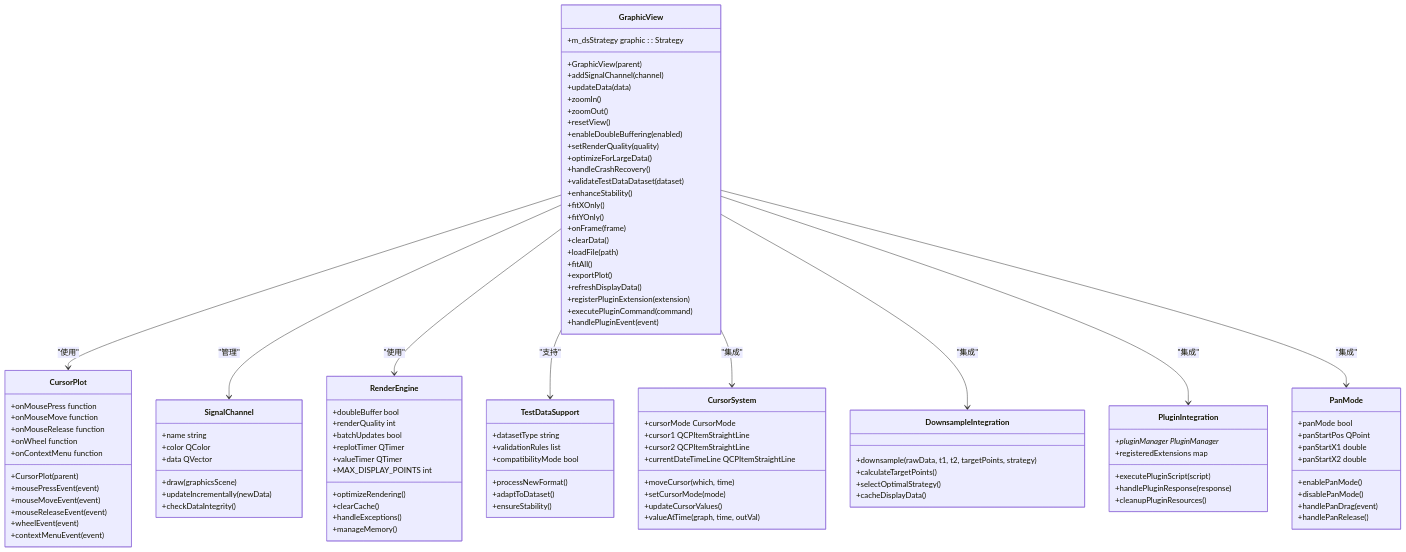
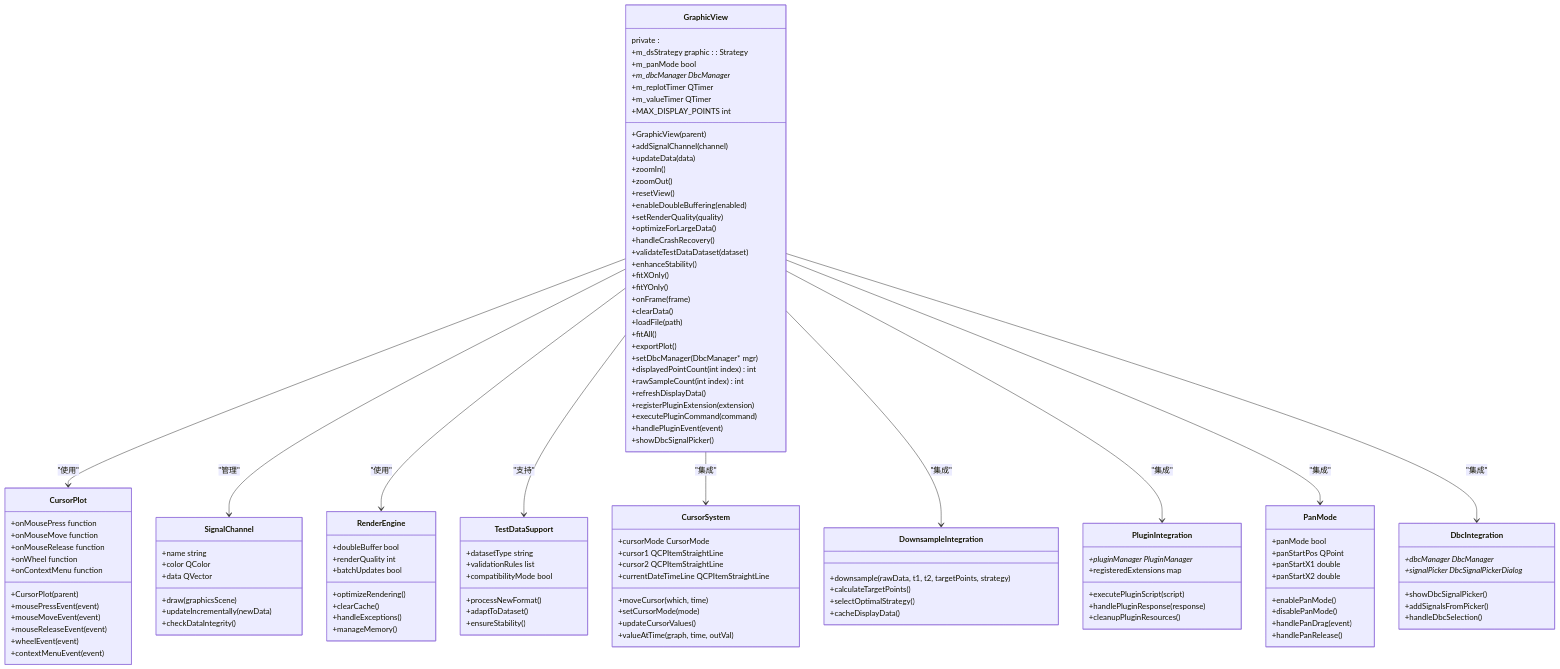
One commit to jakecai1225-design/OpenBus changed diagram 28 of 48 in .qoder/repowiki/zh/content/架构设计/UI系统设计/UI系统设计.md. Above: the diagram before and after it, drawn with Mermaid. The commit also changed other lines of this file and 21 other files, not shown here.

````diff
--- a/.qoder/repowiki/zh/content/架构设计/UI系统设计/UI系统设计.md
+++ b/.qoder/repowiki/zh/content/架构设计/UI系统设计/UI系统设计.md
@@ -2109,11 +2128,21 @@
 +loadFile(path)
 +fitAll()
 +exportPlot()
-+m_dsStrategy graphic : : Strategy
++setDbcManager(DbcManager* mgr)
++displayedPointCount(int index) int
++rawSampleCount(int index) int
 +refreshDisplayData()
 +registerPluginExtension(extension)
 +executePluginCommand(command)
 +handlePluginEvent(event)
++showDbcSignalPicker()
+private :
++m_dsStrategy graphic : : Strategy
++m_panMode bool
++m_dbcManager DbcManager*
++m_replotTimer QTimer
++m_valueTimer QTimer
++MAX_DISPLAY_POINTS int
 }
 class CursorPlot {
 +CursorPlot(parent)
@@ -2144,9 +2173,6 @@
 +clearCache()
 +handleExceptions()
 +manageMemory()
-+replotTimer QTimer
-+valueTimer QTimer
-+MAX_DISPLAY_POINTS int
 }
 class TestDataSupport {
 +datasetType string
@@ -2189,6 +2215,13 @@
 +handlePanDrag(event)
 +handlePanRelease()
 }
+class DbcIntegration {
++dbcManager DbcManager*
++signalPicker DbcSignalPickerDialog*
++showDbcSignalPicker()
++addSignalsFromPicker()
++handleDbcSelection()
+}
 GraphicView --> CursorPlot : "使用"
 GraphicView --> SignalChannel : "管理"
 GraphicView --> RenderEngine : "使用"
@@ -2197,4 +2230,5 @@
 GraphicView --> DownsampleIntegration : "集成"
 GraphicView --> PluginIntegration : "集成"
 GraphicView --> PanMode : "集成"
+GraphicView --> DbcIntegration : "集成"
 ```
````
